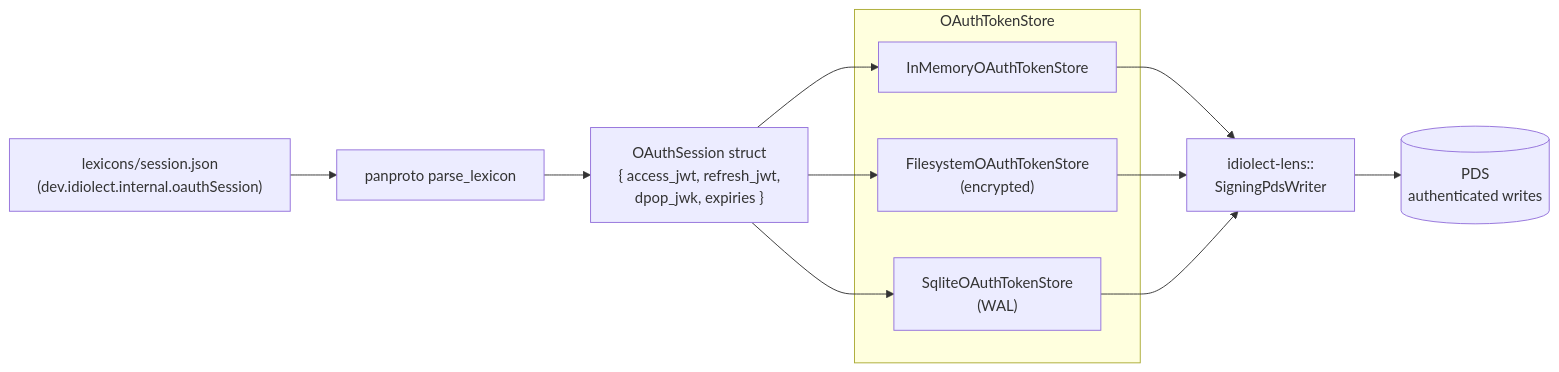
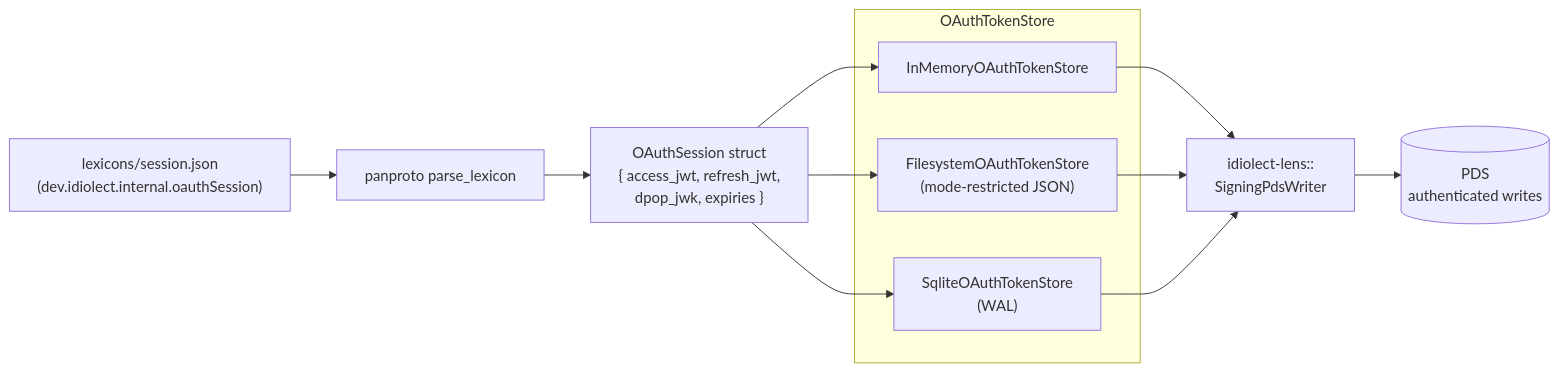
Before and after one commit to idiolect-dev/idiolect: the diagram in crates/idiolect-oauth/README.md, drawn with Mermaid. The commit also changed other lines of this file and 17 other files, not shown here.

````diff
--- a/crates/idiolect-oauth/README.md
+++ b/crates/idiolect-oauth/README.md
@@ -20,24 +36,24 @@
 ```mermaid
 flowchart LR
     SCHEMA["lexicons/session.json<br/>(dev.idiolect.internal.oauthSession)"]
     PP["panproto parse_lexicon"]
     SESS["OAuthSession struct<br/>{ access_jwt, refresh_jwt,<br/>dpop_jwk, expiries }"]
 
     subgraph store["OAuthTokenStore"]
         MEM["InMemoryOAuthTokenStore"]
-        FS["FilesystemOAuthTokenStore<br/>(encrypted)"]
+        FS["FilesystemOAuthTokenStore<br/>(mode-restricted JSON)"]
         SQL["SqliteOAuthTokenStore<br/>(WAL)"]
     end
 
     SW["idiolect-lens::<br/>SigningPdsWriter"]
     PDS[("PDS<br/>authenticated writes")]
 
     SCHEMA --> PP --> SESS
     SESS --> MEM
     SESS --> FS
     SESS --> SQL
     MEM --> SW
     FS --> SW
     SQL --> SW
     SW --> PDS
 ```
````
